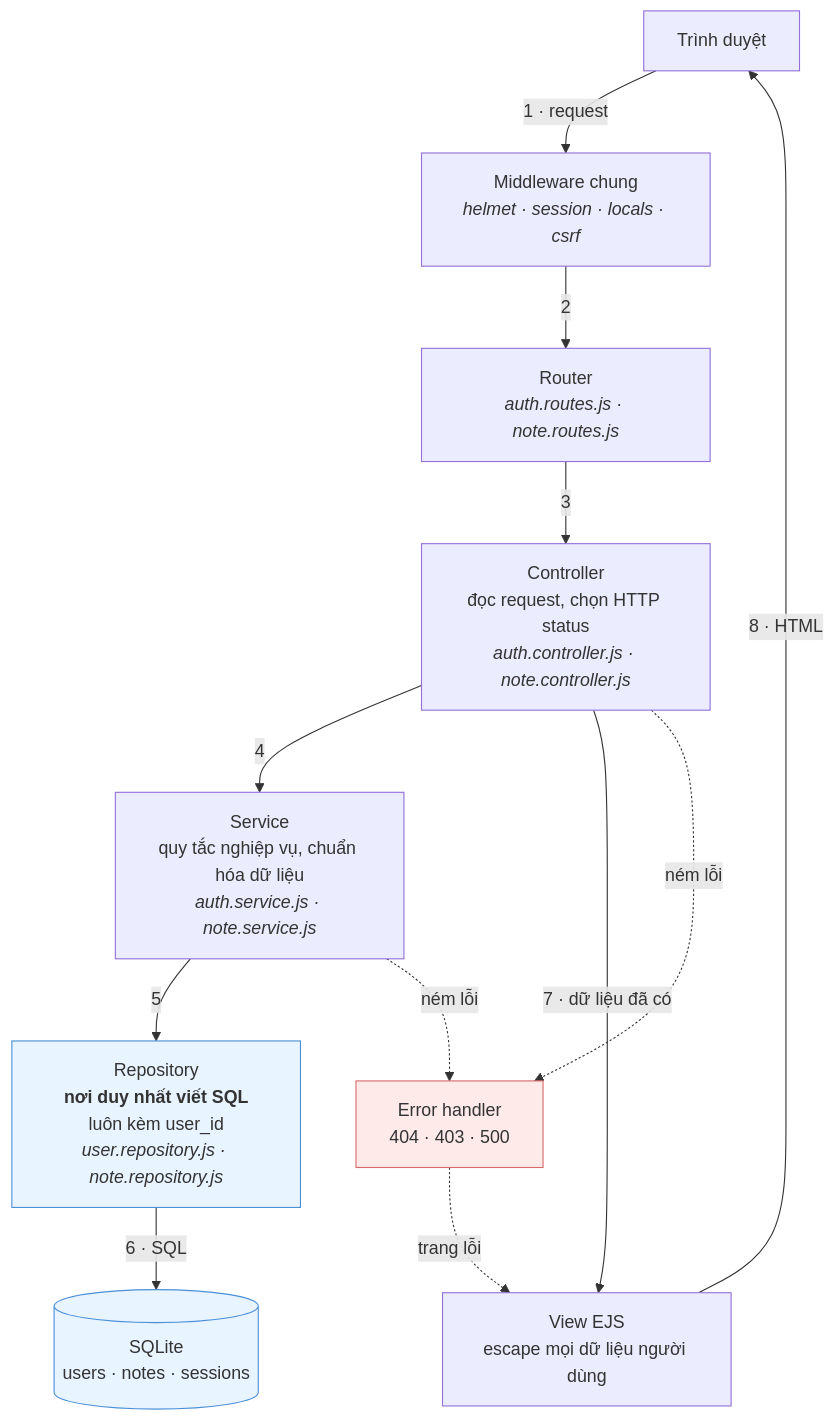
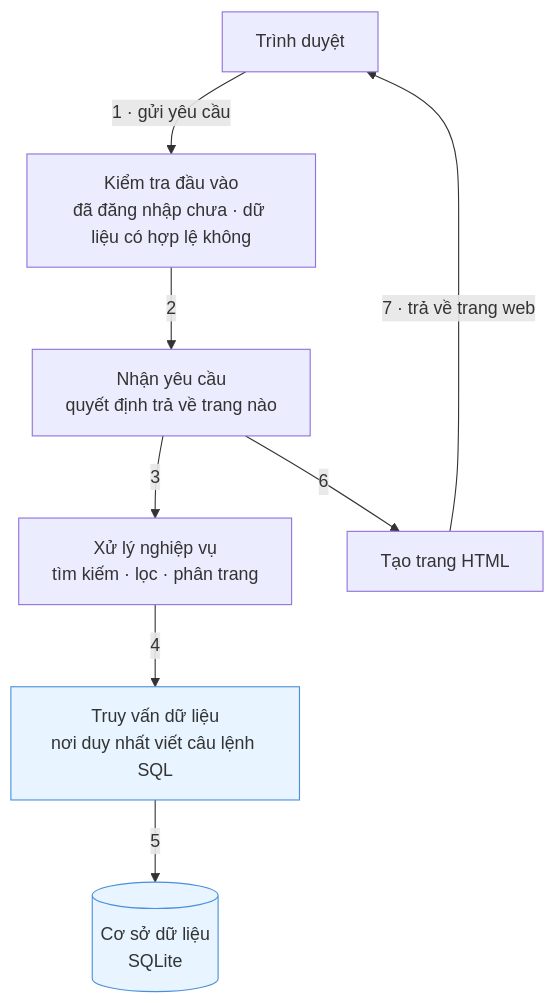
The first of 4 diagrams in docs/kien-truc.md (Dubu0312/cong-nghe-web), drawn with Mermaid before and after one commit. The commit also changed other lines of this file and 7 other files, not shown here.

````diff
--- a/docs/kien-truc.md
+++ b/docs/kien-truc.md
@@ -14,30 +12,21 @@
 ```mermaid
 flowchart TD
     B["Trình duyệt"]
-    MW["Middleware chung<br/><i>helmet · session · locals · csrf</i>"]
-    R["Router<br/><i>auth.routes.js · note.routes.js</i>"]
-    C["Controller<br/>đọc request, chọn HTTP status<br/><i>auth.controller.js · note.controller.js</i>"]
-    S["Service<br/>quy tắc nghiệp vụ, chuẩn hóa dữ liệu<br/><i>auth.service.js · note.service.js</i>"]
-    RP["Repository<br/><b>nơi duy nhất viết SQL</b><br/>luôn kèm user_id<br/><i>user.repository.js · note.repository.js</i>"]
-    DB[("SQLite<br/>users · notes · sessions")]
-    V["View EJS<br/>escape mọi dữ liệu người dùng"]
-    EH["Error handler<br/>404 · 403 · 500"]
+    K["Kiểm tra đầu vào<br/>đã đăng nhập chưa · dữ liệu có hợp lệ không"]
+    C["Nhận yêu cầu<br/>quyết định trả về trang nào"]
+    S["Xử lý nghiệp vụ<br/>tìm kiếm · lọc · phân trang"]
+    R["Truy vấn dữ liệu<br/>nơi duy nhất viết câu lệnh SQL"]
+    DB[("Cơ sở dữ liệu<br/>SQLite")]
+    V["Tạo trang HTML"]
 
-    B -->|"1 · request"| MW
-    MW -->|"2"| R
-    R -->|"3"| C
-    C -->|"4"| S
-    S -->|"5"| RP
-    RP -->|"6 · SQL"| DB
-    C -->|"7 · dữ liệu đã có"| V
-    V -->|"8 · HTML"| B
+    B -->|"1 · gửi yêu cầu"| K
+    K -->|"2"| C
+    C -->|"3"| S
+    S -->|"4"| R
+    R -->|"5"| DB
+    C -->|"6"| V
+    V -->|"7 · trả về trang web"| B
 
-    C -.->|"ném lỗi"| EH
-    S -.->|"ném lỗi"| EH
-    EH -.->|"trang lỗi"| V
-
-    classDef data fill:#e8f4ff,stroke:#4a90d9
-    classDef err fill:#ffeaea,stroke:#d96a6a
-    class RP,DB data
-    class EH err
+    classDef db fill:#e8f4ff,stroke:#4a90d9
+    class R,DB db
 ```
````
